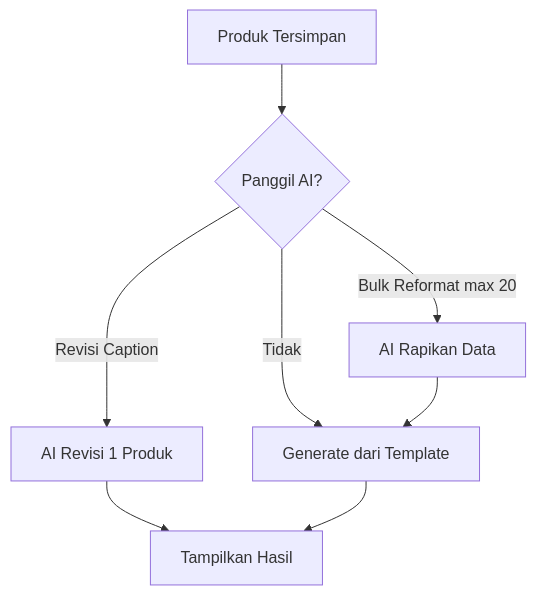
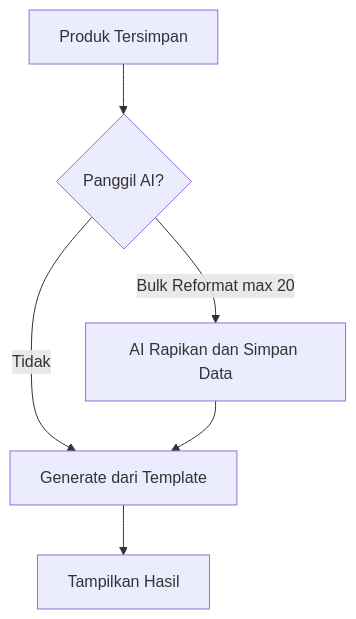
Before and after one commit to nunutech40/affilatorshopee: the fifth of 5 diagrams in PRD.md, drawn with Mermaid. The commit also changed other lines of this file and 6 other files, not shown here.

````diff
--- a/PRD.md
+++ b/PRD.md
@@ -129,10 +123,8 @@
 ```mermaid
 flowchart TD
     A[Produk Tersimpan] --> B{Panggil AI?}
-    B -->|Bulk Reformat max 20| C[AI Rapikan Data]
-    B -->|Revisi Caption| D[AI Revisi 1 Produk]
-    B -->|Tidak| E[Generate dari Template]
-    C --> E
-    D --> F[Tampilkan Hasil]
-    E --> F
+    B -->|Bulk Reformat max 20| C[AI Rapikan dan Simpan Data]
+    B -->|Tidak| D[Generate dari Template]
+    C --> D
+    D --> E[Tampilkan Hasil]
 ```
````
